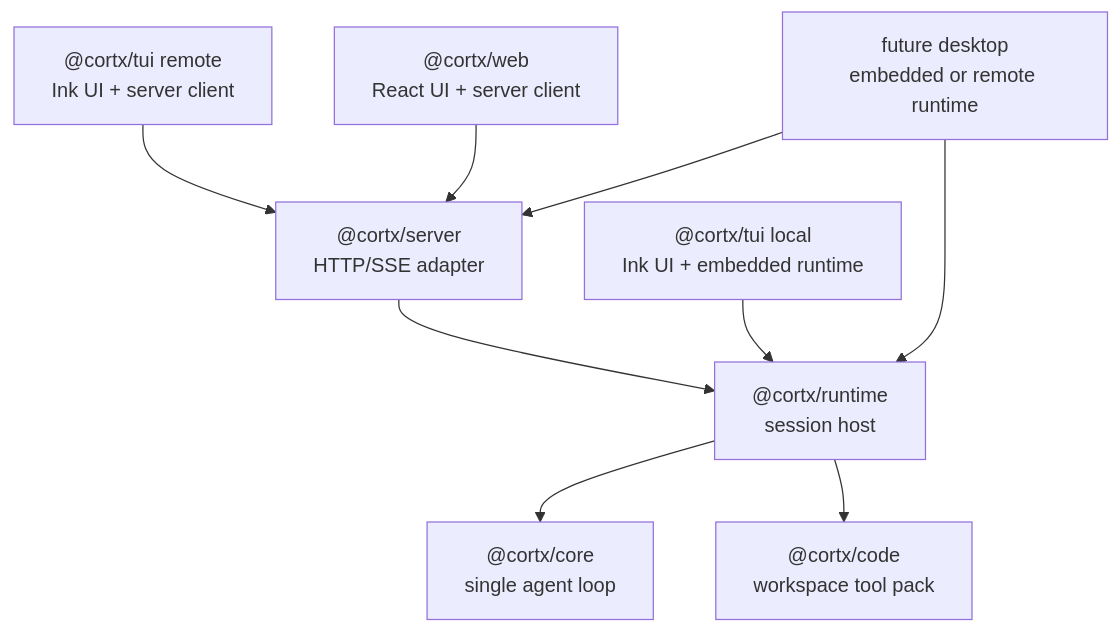
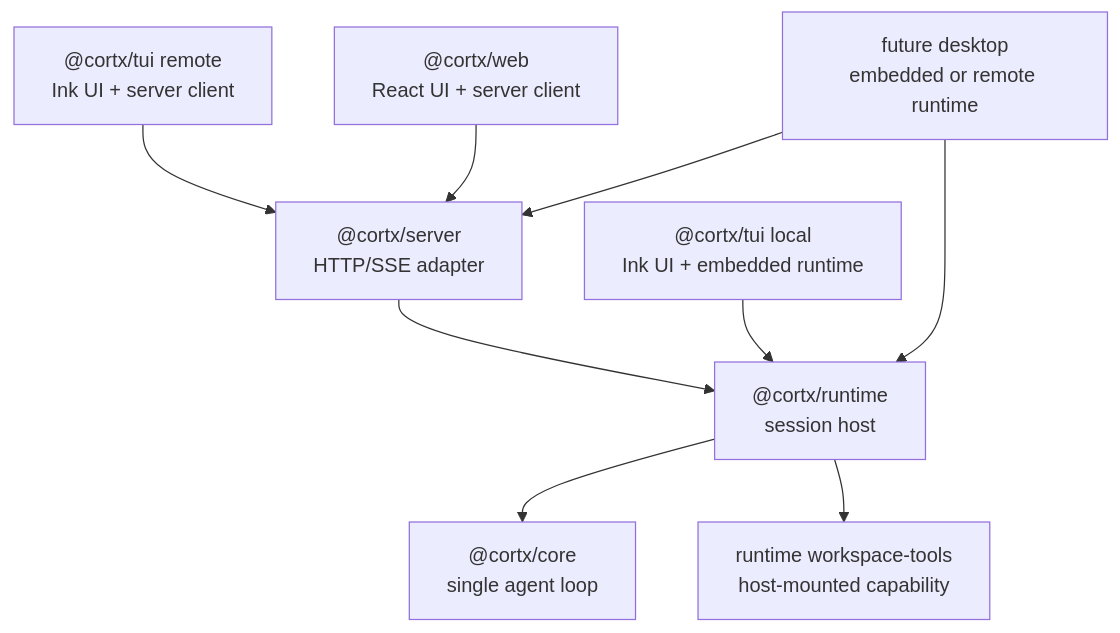
Before and after one commit to nerax-ai/cortx: the first of 3 diagrams in docs/plans/2026-07-04-001-feat-cortx-runtime-host-architecture-plan.md, drawn with Mermaid. The commit also changed other lines of this file and 22 other files, not shown here.

Commit message:
refactor(runtime): fold workspace tools into runtime

````diff
--- a/docs/plans/2026-07-04-001-feat-cortx-runtime-host-architecture-plan.md
+++ b/docs/plans/2026-07-04-001-feat-cortx-runtime-host-architecture-plan.md
@@ -223,20 +223,20 @@
 ```mermaid
 flowchart TB
   Core["@cortx/core\nsingle agent loop"]
   Runtime["@cortx/runtime\nsession host"]
-  Code["@cortx/code\nworkspace tool pack"]
+  WorkspaceTools["runtime workspace-tools\nhost-mounted capability"]
   Server["@cortx/server\nHTTP/SSE adapter"]
   TuiLocal["@cortx/tui local\nInk UI + embedded runtime"]
   TuiRemote["@cortx/tui remote\nInk UI + server client"]
   Web["@cortx/web\nReact UI + server client"]
   Desktop["future desktop\nembedded or remote runtime"]
 
   Runtime --> Core
-  Runtime --> Code
+  Runtime --> WorkspaceTools
   Server --> Runtime
   TuiLocal --> Runtime
   TuiRemote --> Server
   Web --> Server
   Desktop --> Runtime
   Desktop --> Server
 ```
````
